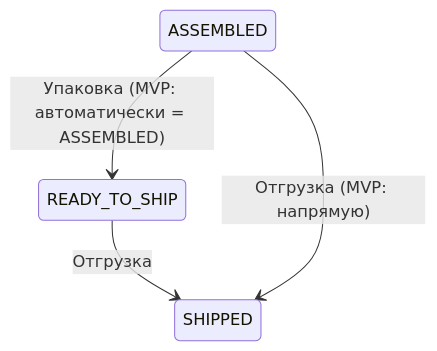
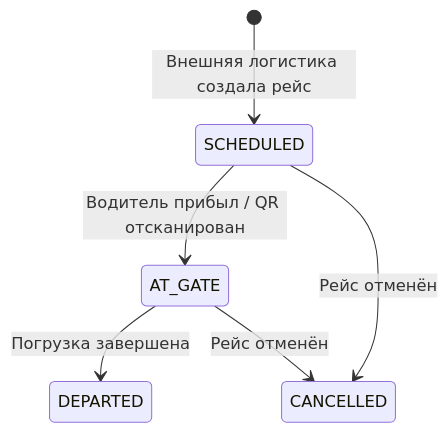
Before and after one commit to oglenyaboss/avalanche-wms: the second of 4 diagrams in docs/flows/shipping-flow.md, drawn with Mermaid. The commit also changed other lines of this file and 4 other files, not shown here.

````diff
--- a/docs/flows/shipping-flow.md
+++ b/docs/flows/shipping-flow.md
@@ -57,6 +70,8 @@
 ```mermaid
 stateDiagram-v2
-    ASSEMBLED --> READY_TO_SHIP : Упаковка (MVP: автоматически = ASSEMBLED)
-    READY_TO_SHIP --> SHIPPED : Отгрузка
-    ASSEMBLED --> SHIPPED : Отгрузка (MVP: напрямую)
+    [*] --> SCHEDULED : Внешняя логистика создала рейс
+    SCHEDULED --> AT_GATE : Водитель прибыл / QR отсканирован
+    AT_GATE --> DEPARTED : Погрузка завершена
+    SCHEDULED --> CANCELLED : Рейс отменён
+    AT_GATE --> CANCELLED : Рейс отменён
 ```
````
